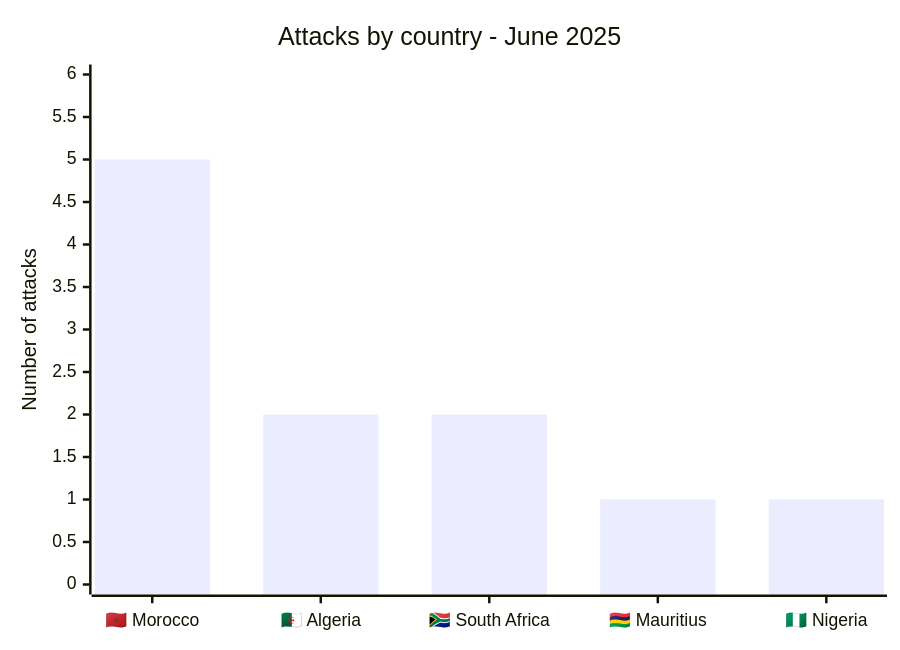
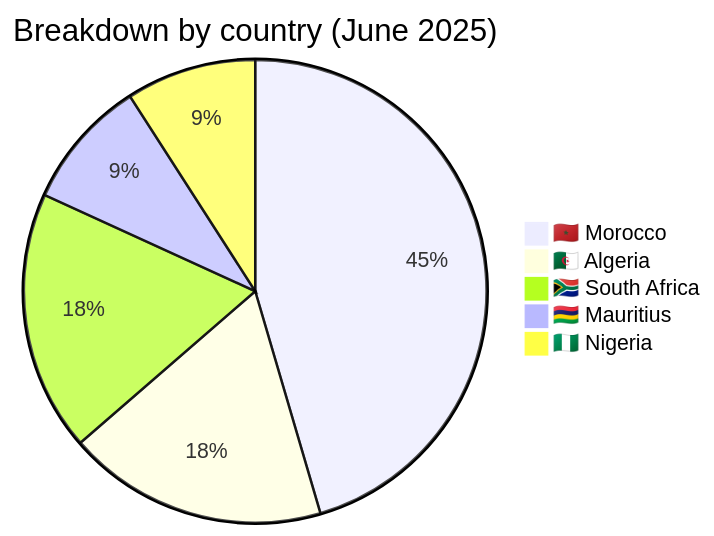
One commit to Hatchepsoute/AFRINTEL changed the third of 5 diagrams in reports/2025/06-june/README.md. Above: the diagram before and after it, drawn with Mermaid. The commit also changed other lines of this file and 1 other file, not shown here.

````diff
--- a/reports/2025/06-june/README.md
+++ b/reports/2025/06-june/README.md
@@ -65,7 +81,8 @@
 ```mermaid
-xychart-beta
-    title "Attacks by country - June 2025"
-    x-axis ["🇲🇦 Morocco", "🇩🇿 Algeria", "🇿🇦 South Africa", "🇲🇺 Mauritius", "🇳🇬 Nigeria"]
-    y-axis "Number of attacks" 0 --> 6
-    bar [5, 2, 2, 1, 1]
+pie title Breakdown by country (June 2025)
+    "🇲🇦 Morocco" : 5
+    "🇩🇿 Algeria" : 2
+    "🇿🇦 South Africa" : 2
+    "🇲🇺 Mauritius" : 1
+    "🇳🇬 Nigeria" : 1
 ```
````
